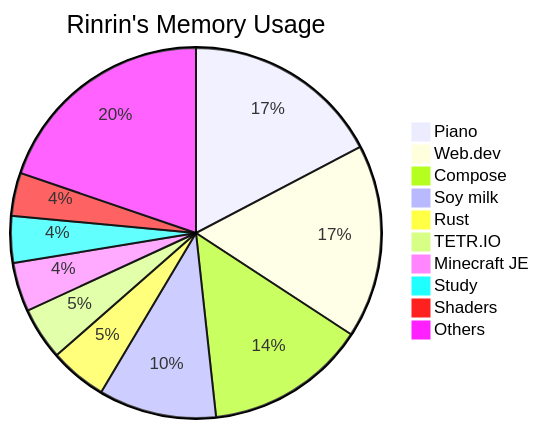
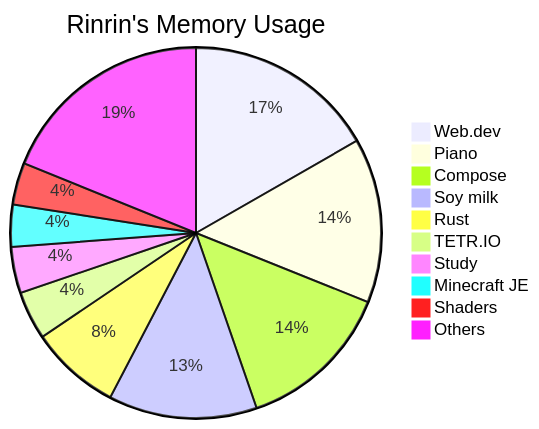
Before and after one commit to Rinrin0413/Rinrin0413: the diagram in README.md, drawn with Mermaid.

Commit message:
🛠 Update: Rinrin's Memory Usage

````diff
--- a/README.md
+++ b/README.md
@@ -76,13 +76,13 @@
 ```mermaid
 pie title Rinrin's Memory Usage
-    "Piano": 170
-    "Web.dev": 166
-    "Compose": 138
-    "Soy milk": 101
-    "Rust": 49
+    "Web.dev": 178
+    "Piano": 153
+    "Compose": 145
+    "Soy milk": 138
+    "Rust": 84
     "TETR.IO": 45
-    "Minecraft JE": 42
-    "Study": 40
-    "Shaders": 37
-    "Others": 194
+    "Study": 43
+    "Minecraft JE": 39
+    "Shaders": 39
+    "Others": 201
 ```
````
